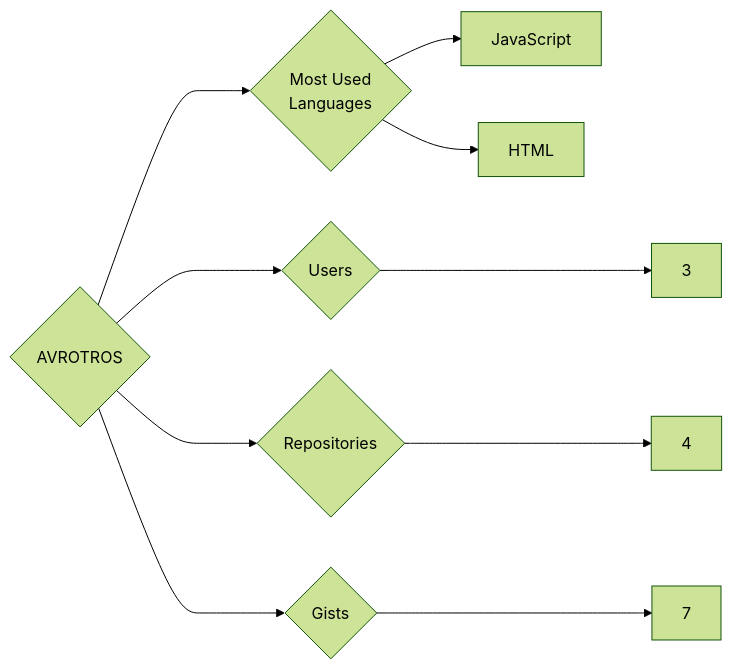
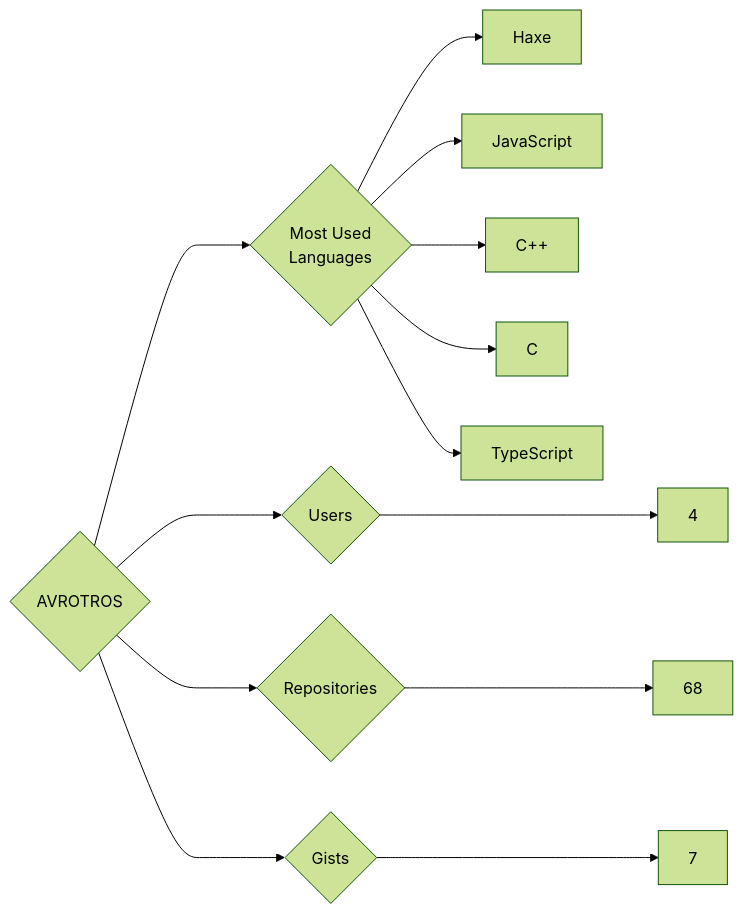
The diagram in targets/AVROTROS/README.md (trickest/insiders), drawn with Mermaid (forest theme) before and after one commit. The commit also changed 644 other files, not shown here.

````diff
--- a/targets/AVROTROS/README.md
+++ b/targets/AVROTROS/README.md
@@ -3,10 +3,13 @@
 ```mermaid
 graph LR
 COMPANY_NAME{AVROTROS}
-COMPANY_NAME ---> U{Users} ---> UN[3]
-COMPANY_NAME ---> R{Repositories} ---> RN[4]
+COMPANY_NAME ---> U{Users} ---> UN[4]
+COMPANY_NAME ---> R{Repositories} ---> RN[68]
 COMPANY_NAME ---> G{Gists} ---> GN[7]
 COMPANY_NAME ---> ML{Most Used<br>Languages}
+ML --> Haxe[Haxe]
 ML --> JavaScript[JavaScript]
-ML --> HTML[HTML]
+ML --> C++[C++]
+ML --> C[C]
+ML --> TypeScript[TypeScript]
 ```
````
